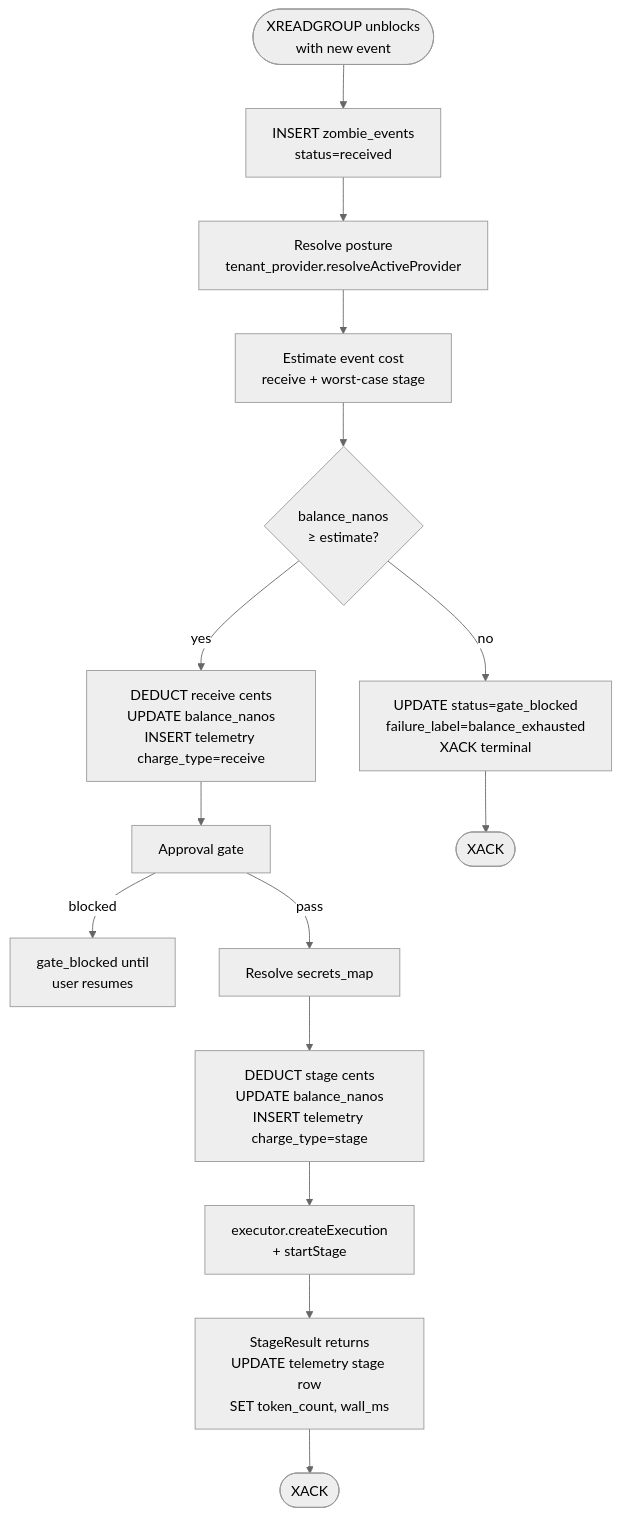
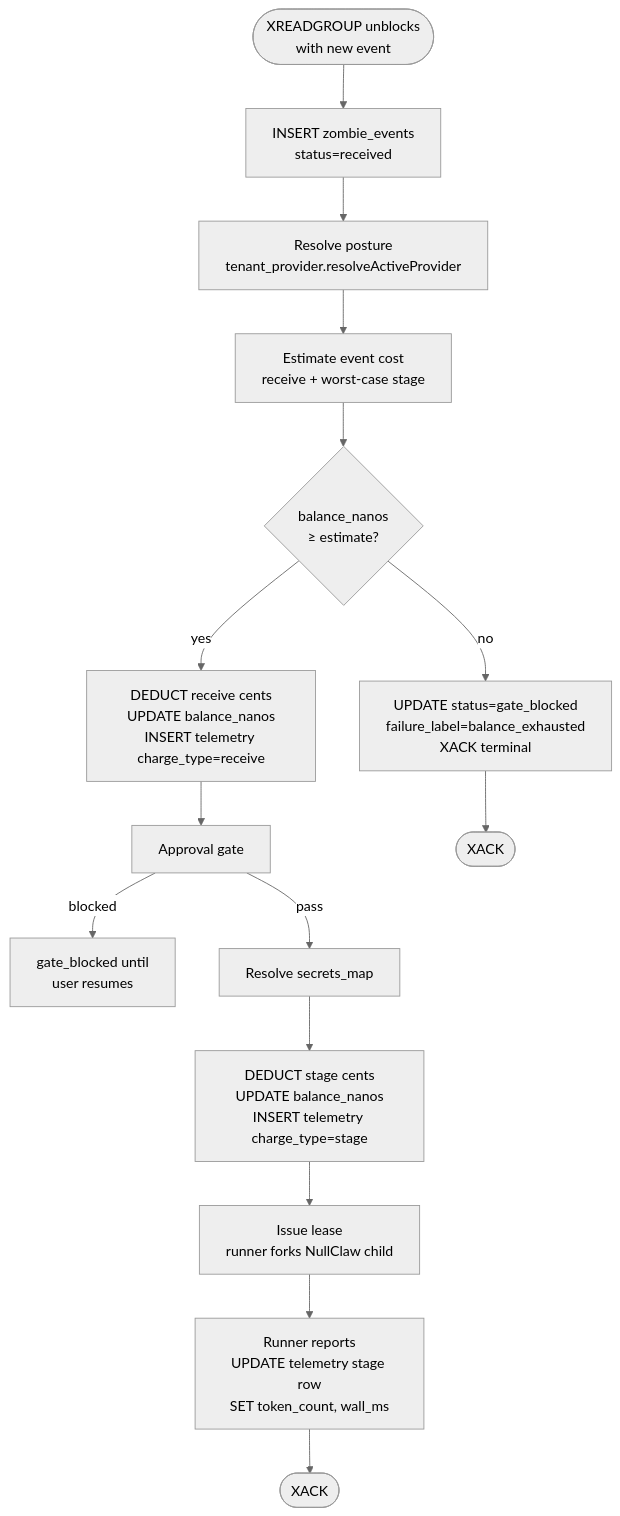
The diagram in docs/architecture/scenarios/03_balance_gate.md (agentsfleet/agentsfleet), drawn with Mermaid (neutral theme) before and after one commit. The commit also changed other lines of this file and 24 other files, not shown here.

````diff
--- a/docs/architecture/scenarios/03_balance_gate.md
+++ b/docs/architecture/scenarios/03_balance_gate.md
@@ -9,17 +9,17 @@
 ```mermaid
 flowchart TD
     Start([XREADGROUP unblocks<br/>with new event]) --> Insert[INSERT zombie_events<br/>status=received]
     Insert --> Resolve[Resolve posture<br/>tenant_provider.resolveActiveProvider]
     Resolve --> Estimate[Estimate event cost<br/>receive + worst-case stage]
     Estimate --> Gate{balance_nanos<br/>≥ estimate?}
     Gate -->|no| Block[UPDATE status=gate_blocked<br/>failure_label=balance_exhausted<br/>XACK terminal]
     Gate -->|yes| RDeduct[DEDUCT receive cents<br/>UPDATE balance_nanos<br/>INSERT telemetry charge_type=receive]
     RDeduct --> Approve[Approval gate]
     Approve -->|blocked| Wait[gate_blocked until<br/>user resumes]
     Approve -->|pass| Secrets[Resolve secrets_map]
     Secrets --> SDeduct[DEDUCT stage cents<br/>UPDATE balance_nanos<br/>INSERT telemetry charge_type=stage]
-    SDeduct --> Exec[executor.createExecution<br/>+ startStage]
-    Exec --> Result[StageResult returns<br/>UPDATE telemetry stage row<br/>SET token_count, wall_ms]
+    SDeduct --> Exec[Issue lease<br/>runner forks NullClaw child]
+    Exec --> Result[Runner reports<br/>UPDATE telemetry stage row<br/>SET token_count, wall_ms]
     Result --> End([XACK])
     Block --> EndBlocked([XACK])
 ```
````
